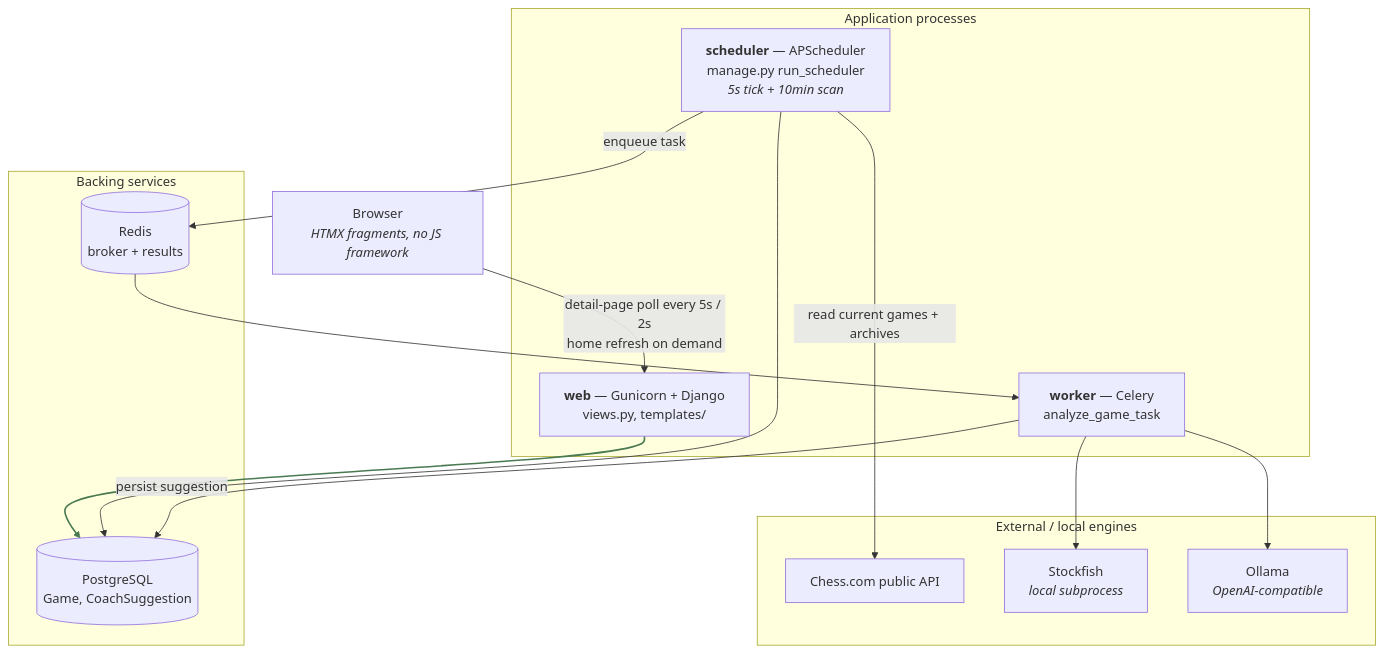
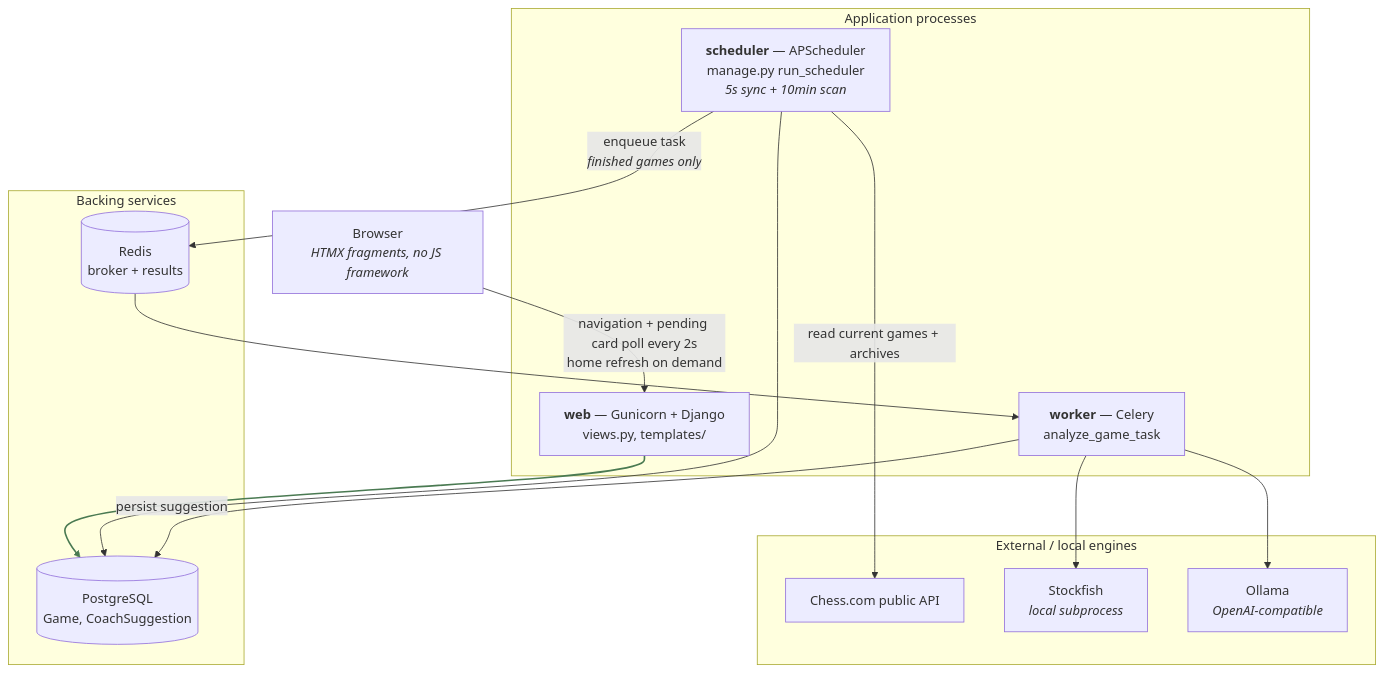
Before and after one commit to gab-25/chessdotcom_ai_coach: the first of 2 diagrams in docs/architecture.md, drawn with Mermaid. The commit also changed other lines of this file and 24 other files, not shown here.

````diff
--- a/docs/architecture.md
+++ b/docs/architecture.md
@@ -14,33 +20,33 @@
 ```mermaid
 graph TD
     Browser["Browser<br/><i>HTMX fragments, no JS framework</i>"]
 
     subgraph app["Application processes"]
         Web["<b>web</b> — Gunicorn + Django<br/>views.py, templates/"]
-        Sched["<b>scheduler</b> — APScheduler<br/>manage.py run_scheduler<br/><i>5s tick + 10min scan</i>"]
+        Sched["<b>scheduler</b> — APScheduler<br/>manage.py run_scheduler<br/><i>5s sync + 10min scan</i>"]
         Worker["<b>worker</b> — Celery<br/>analyze_game_task"]
     end
 
     subgraph infra["Backing services"]
         PG[("PostgreSQL<br/>Game, CoachSuggestion")]
         Redis[("Redis<br/>broker + results")]
     end
 
     subgraph ext["External / local engines"]
         ChessCom["Chess.com public API"]
         SF["Stockfish<br/><i>local subprocess</i>"]
         LLM["Ollama<br/><i>OpenAI-compatible</i>"]
     end
 
-    Browser -->|"detail-page poll every 5s / 2s<br/>home refresh on demand"| Web
+    Browser -->|"navigation + pending card poll every 2s<br/>home refresh on demand"| Web
     Web --> PG
     Sched -->|"read current games + archives"| ChessCom
     Sched --> PG
-    Sched -->|"enqueue task"| Redis
+    Sched -->|"enqueue task<br/><i>finished games only</i>"| Redis
     Redis --> Worker
     Worker --> SF
     Worker --> LLM
     Worker -->|"persist suggestion"| PG
 
     linkStyle 1 stroke:#4a7a52,stroke-width:2px
 ```
````
